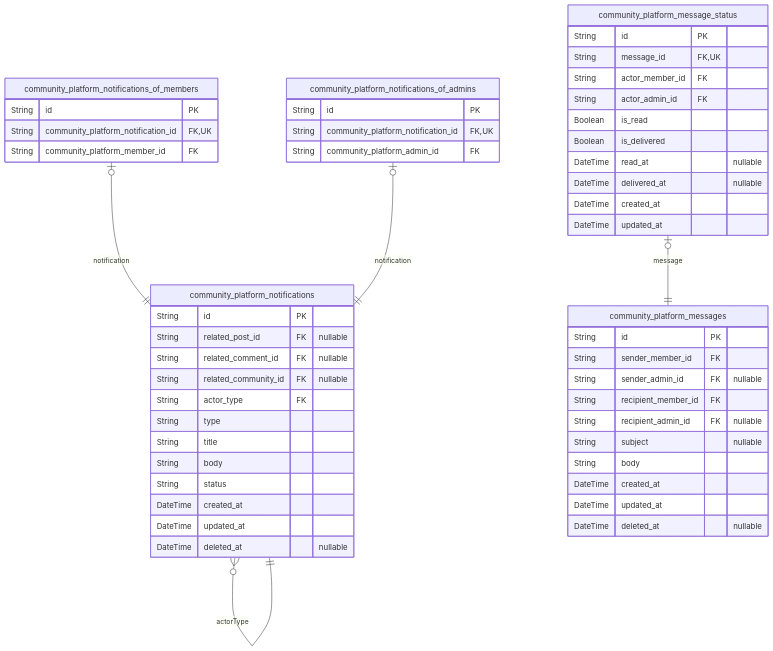
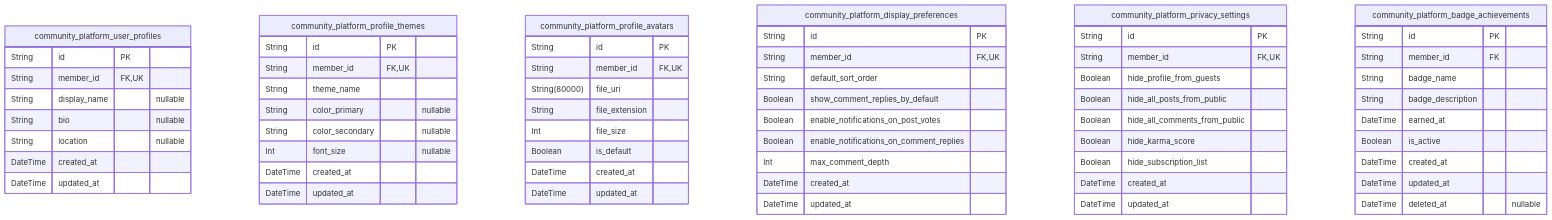
The eighth of 10 diagrams in qwen/qwen3-next-80b-a3b-instruct/reddit/docs/ERD.md (wrtnlabs/autobe-examples), drawn with Mermaid before and after one commit. The commit also changed other lines of this file and 960 other files, not shown here.

````diff
--- a/qwen/qwen3-next-80b-a3b-instruct/reddit/docs/ERD.md
+++ b/qwen/qwen3-next-80b-a3b-instruct/reddit/docs/ERD.md
@@ -959,55 +1830,65 @@
 ```mermaid
 erDiagram
-"community_platform_notifications" {
+"community_platform_user_profiles" {
   String id PK
-  String related_post_id FK "nullable"
-  String related_comment_id FK "nullable"
-  String related_community_id FK "nullable"
-  String actor_type FK
-  String type
-  String title
-  String body
-  String status
+  String member_id FK,UK
+  String display_name "nullable"
+  String bio "nullable"
+  String location "nullable"
+  DateTime created_at
+  DateTime updated_at
+}
+"community_platform_profile_themes" {
+  String id PK
+  String member_id FK,UK
+  String theme_name
+  String color_primary "nullable"
+  String color_secondary "nullable"
+  Int font_size "nullable"
+  DateTime created_at
+  DateTime updated_at
+}
+"community_platform_profile_avatars" {
+  String id PK
+  String member_id FK,UK
+  String(80000) file_uri
+  String file_extension
+  Int file_size
+  Boolean is_default
+  DateTime created_at
+  DateTime updated_at
+}
+"community_platform_display_preferences" {
+  String id PK
+  String member_id FK,UK
+  String default_sort_order
+  Boolean show_comment_replies_by_default
+  Boolean enable_notifications_on_post_votes
+  Boolean enable_notifications_on_comment_replies
+  Int max_comment_depth
+  DateTime created_at
+  DateTime updated_at
+}
+"community_platform_privacy_settings" {
+  String id PK
+  String member_id FK,UK
+  Boolean hide_profile_from_guests
+  Boolean hide_all_posts_from_public
+  Boolean hide_all_comments_from_public
+  Boolean hide_karma_score
+  Boolean hide_subscription_list
+  DateTime created_at
+  DateTime updated_at
+}
+"community_platform_badge_achievements" {
+  String id PK
+  String member_id FK
+  String badge_name
+  String badge_description
+  DateTime earned_at
+  Boolean is_active
   DateTime created_at
   DateTime updated_at
   DateTime deleted_at "nullable"
 }
-"community_platform_messages" {
-  String id PK
-  String sender_member_id FK
-  String sender_admin_id FK "nullable"
-  String recipient_member_id FK
-  String recipient_admin_id FK "nullable"
-  String subject "nullable"
-  String body
-  DateTime created_at
-  DateTime updated_at
-  DateTime deleted_at "nullable"
-}
-"community_platform_message_status" {
-  String id PK
-  String message_id FK,UK
-  String actor_member_id FK
-  String actor_admin_id FK
-  Boolean is_read
-  Boolean is_delivered
-  DateTime read_at "nullable"
-  DateTime delivered_at "nullable"
-  DateTime created_at
-  DateTime updated_at
-}
-"community_platform_notifications_of_members" {
-  String id PK
-  String community_platform_notification_id FK,UK
-  String community_platform_member_id FK
-}
-"community_platform_notifications_of_admins" {
-  String id PK
-  String community_platform_notification_id FK,UK
-  String community_platform_admin_id FK
-}
-"community_platform_notifications" }o--|| "community_platform_notifications" : actorType
-"community_platform_message_status" |o--|| "community_platform_messages" : message
-"community_platform_notifications_of_members" |o--|| "community_platform_notifications" : notification
-"community_platform_notifications_of_admins" |o--|| "community_platform_notifications" : notification
 ```
````
